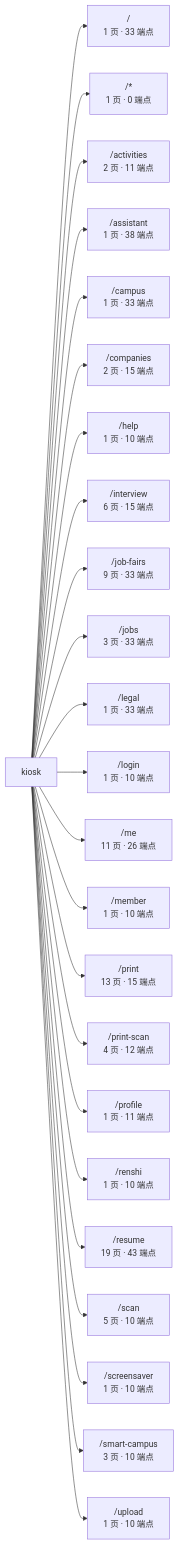
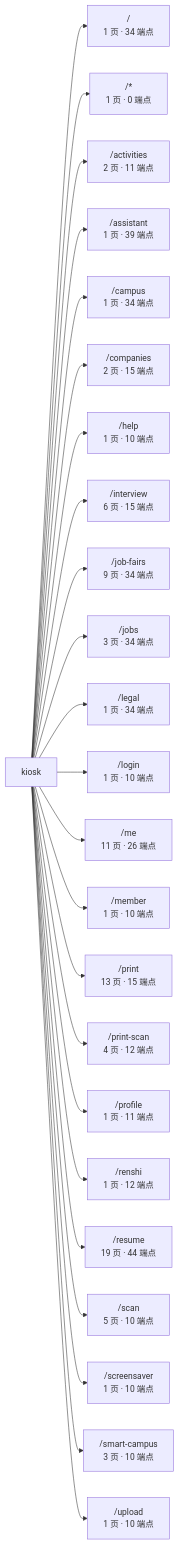
One commit to wanglei581/YITIJI changed the first of 3 diagrams in docs/graph/routes.md. Above: the diagram before and after it, drawn with Mermaid. The commit also changed other lines of this file and 3 other files, not shown here.

Commit message:
chore(graph): 第四块追加 #1339、#1324 后重生图谱

````diff
--- a/docs/graph/routes.md
+++ b/docs/graph/routes.md
@@ -17,27 +17,27 @@
 ```mermaid
 flowchart LR
   app["kiosk"]
-  app --> _root_["/<br/>1 页 · 33 端点"]
+  app --> _root_["/<br/>1 页 · 34 端点"]
   app --> _["/*<br/>1 页 · 0 端点"]
   app --> activities["/activities<br/>2 页 · 11 端点"]
-  app --> assistant["/assistant<br/>1 页 · 38 端点"]
-  app --> campus["/campus<br/>1 页 · 33 端点"]
+  app --> assistant["/assistant<br/>1 页 · 39 端点"]
+  app --> campus["/campus<br/>1 页 · 34 端点"]
   app --> companies["/companies<br/>2 页 · 15 端点"]
   app --> help["/help<br/>1 页 · 10 端点"]
   app --> interview["/interview<br/>6 页 · 15 端点"]
-  app --> job_fairs["/job-fairs<br/>9 页 · 33 端点"]
-  app --> jobs["/jobs<br/>3 页 · 33 端点"]
-  app --> legal["/legal<br/>1 页 · 33 端点"]
+  app --> job_fairs["/job-fairs<br/>9 页 · 34 端点"]
+  app --> jobs["/jobs<br/>3 页 · 34 端点"]
+  app --> legal["/legal<br/>1 页 · 34 端点"]
   app --> login["/login<br/>1 页 · 10 端点"]
   app --> me["/me<br/>11 页 · 26 端点"]
   app --> member["/member<br/>1 页 · 10 端点"]
   app --> print["/print<br/>13 页 · 15 端点"]
   app --> print_scan["/print-scan<br/>4 页 · 12 端点"]
   app --> profile["/profile<br/>1 页 · 11 端点"]
-  app --> renshi["/renshi<br/>1 页 · 10 端点"]
-  app --> resume["/resume<br/>19 页 · 43 端点"]
+  app --> renshi["/renshi<br/>1 页 · 12 端点"]
+  app --> resume["/resume<br/>19 页 · 44 端点"]
   app --> scan["/scan<br/>5 页 · 10 端点"]
   app --> screensaver["/screensaver<br/>1 页 · 10 端点"]
   app --> smart_campus["/smart-campus<br/>3 页 · 10 端点"]
   app --> upload["/upload<br/>1 页 · 10 端点"]
 ```
````
